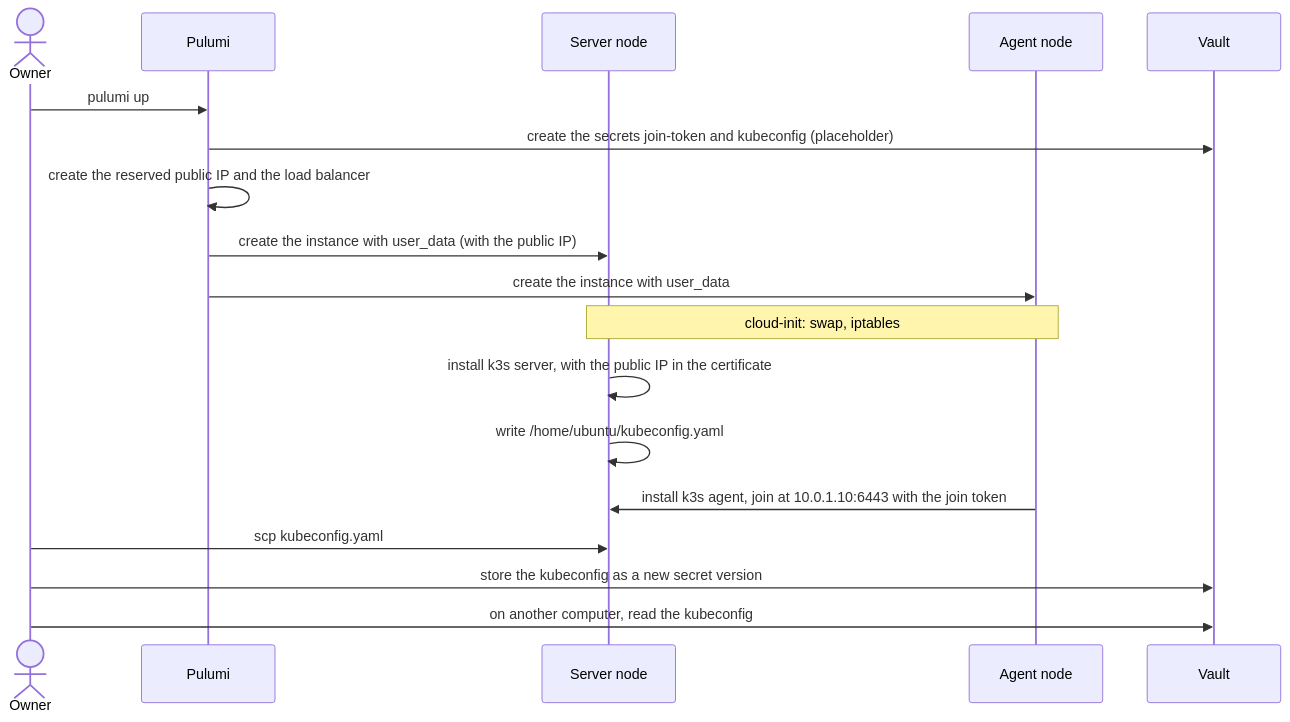
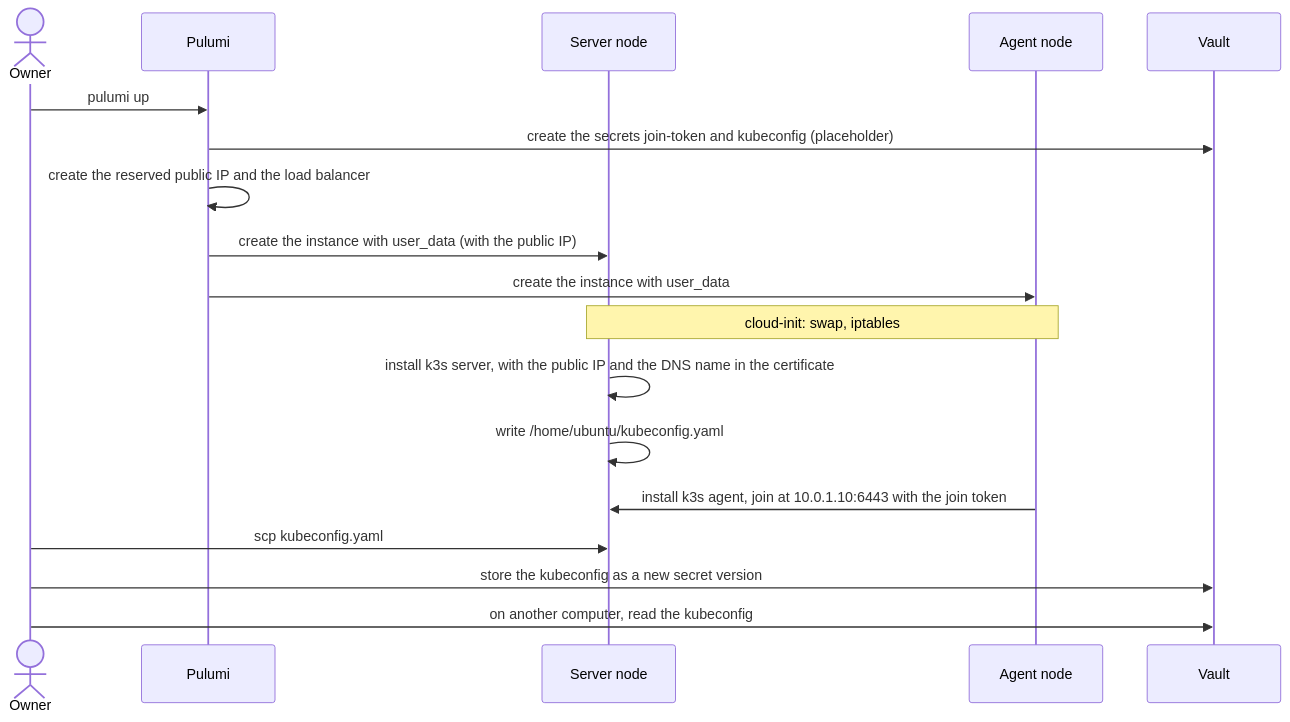
The second of 2 diagrams in docs/ARCHITECTURE.md (DeV1L/oracle-cloud-k3s), drawn with Mermaid before and after one commit. The commit also changed 11 other files, not shown here.

````diff
--- a/docs/ARCHITECTURE.md
+++ b/docs/ARCHITECTURE.md
@@ -53,21 +53,21 @@
 ```mermaid
 sequenceDiagram
     actor Owner
     participant Pulumi
     participant Server as Server node
     participant Agent as Agent node
     participant Vault
 
     Owner->>Pulumi: pulumi up
     Pulumi->>Vault: create the secrets join-token and kubeconfig (placeholder)
     Pulumi->>Pulumi: create the reserved public IP and the load balancer
     Pulumi->>Server: create the instance with user_data (with the public IP)
     Pulumi->>Agent: create the instance with user_data
     Note over Server,Agent: cloud-init: swap, iptables
-    Server->>Server: install k3s server, with the public IP in the certificate
+    Server->>Server: install k3s server, with the public IP and the DNS name in the certificate
     Server->>Server: write /home/ubuntu/kubeconfig.yaml
     Agent->>Server: install k3s agent, join at 10.0.1.10:6443 with the join token
     Owner->>Server: scp kubeconfig.yaml
     Owner->>Vault: store the kubeconfig as a new secret version
     Owner->>Vault: on another computer, read the kubeconfig
 ```
````
